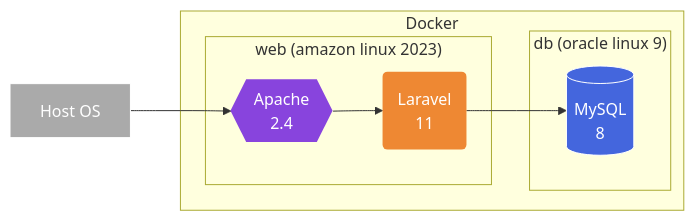
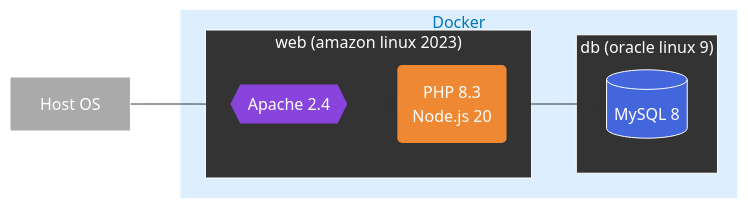
The diagram in README.md (gmdr1024/laravel-docker), drawn with Mermaid before and after one commit.

Commit message:
Update README.md
#9

````diff
--- a/README.md
+++ b/README.md
@@ -6,33 +6,41 @@
 ```mermaid
 flowchart LR
 
 %%外部要素
 OU1[Host OS]
 
 %%グループとサービス
 subgraph GS[Docker]
   subgraph GV["web (amazon linux 2023)"]
-    NW1{{"Apache<br>2.4"}}
-    CP1("Laravel<br>11")
+    NW1{{"Apache 2.4"}}
+    CP1("PHP 8.3<br>Node.js 20")
   end
   subgraph GV2["db (oracle linux 9)"]
-    DB1[("MySQL<br>8")]
+    DB1[("MySQL 8")]
   end
 end
 
 %%サービス同士の関係
 OU1 --> NW1
 NW1 --> CP1
 CP1 --> DB1
+
+%%グループのスタイル
+classDef SGS fill:#def,color:#07b,stroke:none
+classDef SGV fill:#333,color:#fff,stroke:#fff
+
+class GS SGS
+class GV SGV
+class GV2 SGV
 
 %%サービスのスタイル
 classDef SOU fill:#aaa,color:#fff,stroke:#fff
 classDef SNW fill:#84d,color:#fff,stroke:none
 classDef SCP fill:#e83,color:#fff,stroke:none
 classDef SDB fill:#46d,color:#fff,stroke:#fff
 
 class OU1 SOU
 class NW1 SNW
 class CP1 SCP
 class DB1 SDB
 ```
````
